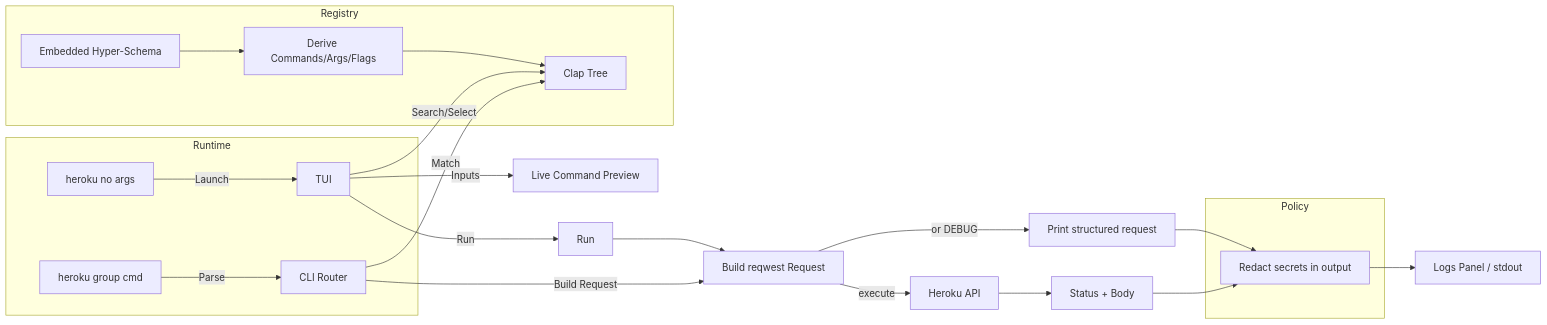
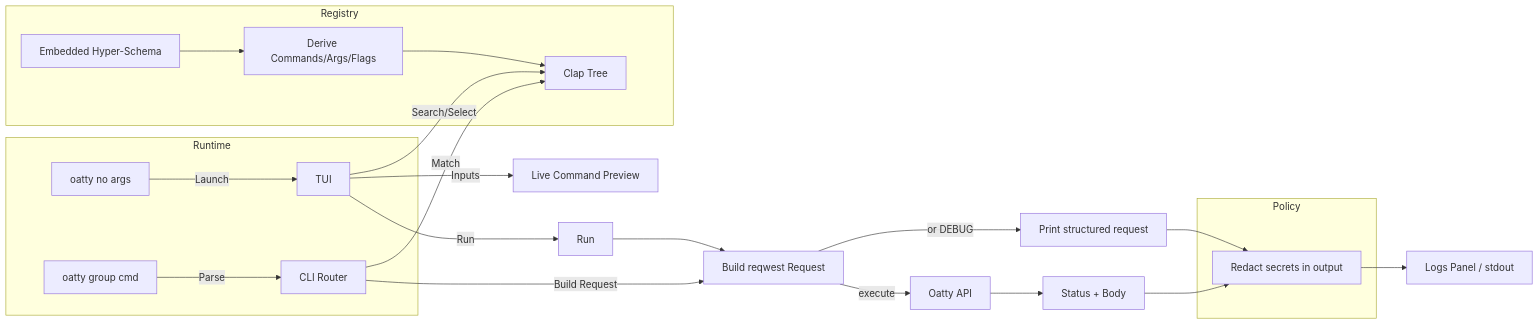
The diagram in README.md (oattyio/oatty), drawn with Mermaid before and after one commit. The commit also changed other lines of this file and 174 other files, not shown here.

````diff
--- a/README.md
+++ b/README.md
@@ -147,30 +147,30 @@
 ```mermaid
 flowchart LR
   subgraph Runtime
-    A[heroku no args] -->|Launch| TUI[TUI]
-    A2[heroku group cmd] -->|Parse| CLI[CLI Router]
+    A[oatty no args] -->|Launch| TUI[TUI]
+    A2[oatty group cmd] -->|Parse| CLI[CLI Router]
   end
 
   subgraph Registry
     S[Embedded Hyper-Schema] --> D[Derive Commands/Args/Flags]
     D --> C[Clap Tree]
   end
 
   TUI -->|Search/Select| C
   TUI -->|Inputs| CMD_PREV[Live Command Preview]
   TUI -->|Run| RUN[Run]
   CLI -->|Match| C
   CLI -->|Build Request| REQ[Build reqwest Request]
   RUN --> REQ
 
   REQ -->| or DEBUG| OUT1[Print structured request]
-  REQ -->|execute| HTTP[Heroku API]
+  REQ -->|execute| HTTP[Oatty API]
   HTTP --> OUT2[Status + Body]
 
   subgraph Policy
     R[Redact secrets in output]
   end
   OUT1 --> R
   OUT2 --> R
   R --> LOGS[Logs Panel / stdout]
 ```
````
